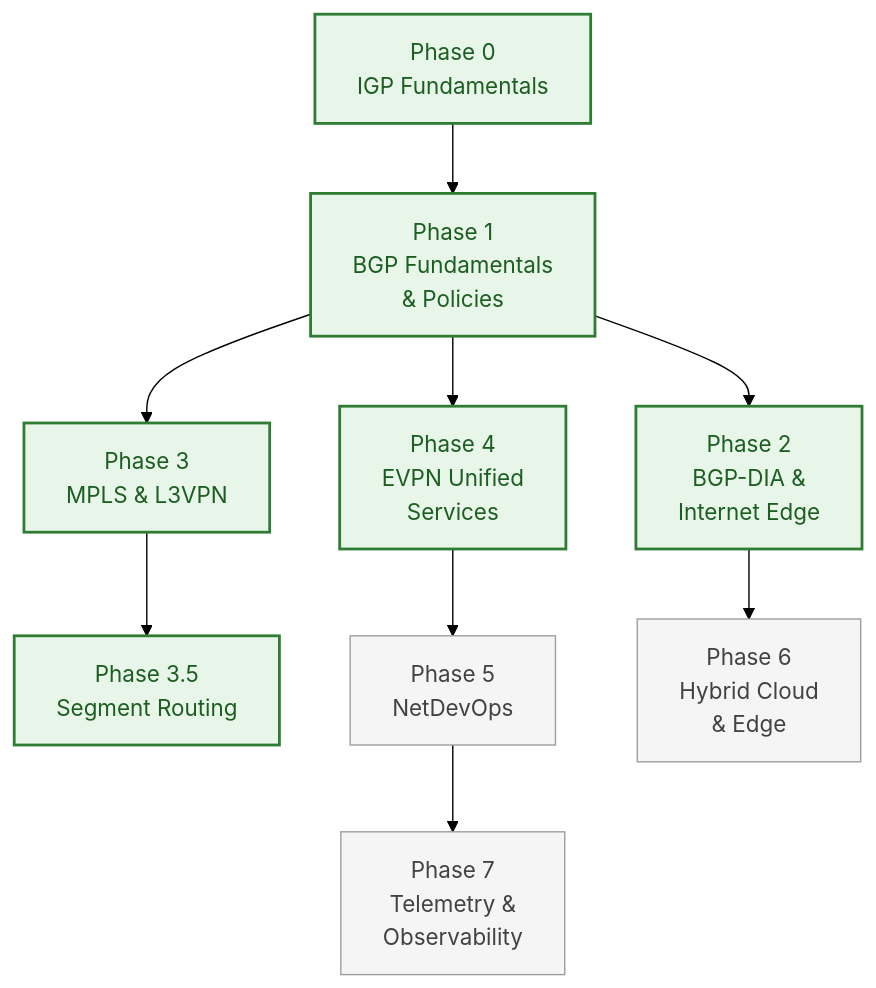
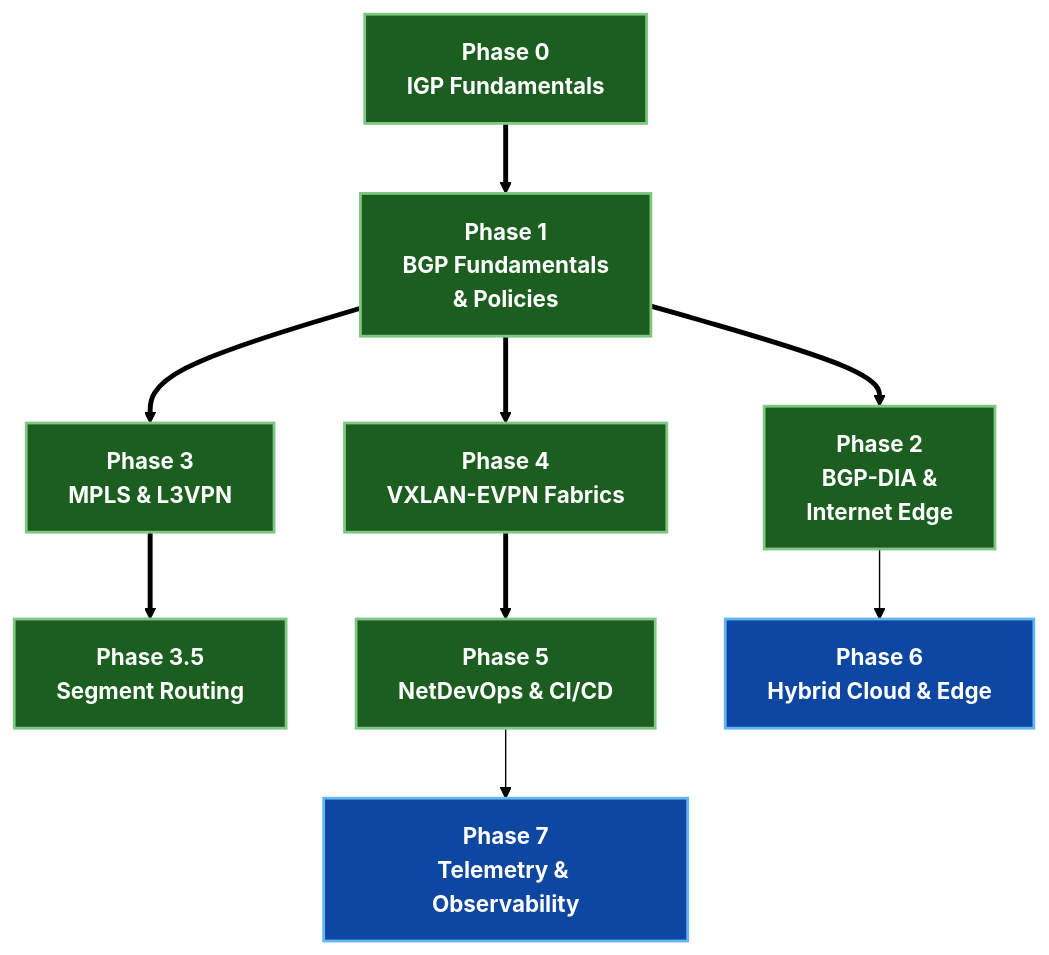
The diagram in docs/roadmap.md (etherhtun/netforge-labs), drawn with Mermaid (forest theme) before and after one commit. The commit also changed other lines of this file, not shown here.

Commit message:
docs(roadmap): update curriculum roadmap with high-contrast Mermaid diagram and live status for Phase 4 and Phase 5

````diff
--- a/docs/roadmap.md
+++ b/docs/roadmap.md
@@ -13,16 +11,16 @@
 ```mermaid
 graph TD
-    P0["Phase 0<br/>IGP Fundamentals"] --> P1["Phase 1<br/>BGP Fundamentals<br/>& Policies"]
-    P1 --> P2["Phase 2<br/>BGP-DIA &<br/>Internet Edge"]
-    P1 --> P3["Phase 3<br/>MPLS & L3VPN"]
-    P3 --> P35["Phase 3.5<br/>Segment Routing"]
-    P1 --> P4["Phase 4<br/>EVPN Unified<br/>Services"]
-    P4 --> P5["Phase 5<br/>NetDevOps"]
-    P2 --> P6["Phase 6<br/>Hybrid Cloud<br/>& Edge"]
-    P5 --> P7["Phase 7<br/>Telemetry &<br/>Observability"]
+    P0["Phase 0<br/>IGP Fundamentals"] ==> P1["Phase 1<br/>BGP Fundamentals<br/>& Policies"]
+    P1 ==> P2["Phase 2<br/>BGP-DIA &<br/>Internet Edge"]
+    P1 ==> P3["Phase 3<br/>MPLS & L3VPN"]
+    P3 ==> P35["Phase 3.5<br/>Segment Routing"]
+    P1 ==> P4["Phase 4<br/>VXLAN-EVPN Fabrics"]
+    P4 ==> P5["Phase 5<br/>NetDevOps & CI/CD"]
+    P2 --> P6["Phase 6<br/>Hybrid Cloud & Edge"]
+    P5 --> P7["Phase 7<br/>Telemetry & Observability"]
 
-    classDef done fill:#e8f5e9,stroke:#2e7d32,color:#1b5e20,stroke-width:2px;
-    classDef next fill:#e3f2fd,stroke:#1565c0,color:#0d47a1,stroke-width:2px;
-    classDef plan fill:#f5f5f5,stroke:#9e9e9e,color:#424242;
-    class P0,P1,P2,P3,P35,P4 done; class P5,P6,P7 plan;
+    classDef done fill:#1b5e20,stroke:#81c784,color:#ffffff,stroke-width:2px,font-weight:bold;
+    classDef plan fill:#0d47a1,stroke:#64b5f6,color:#ffffff,stroke-width:2px,font-weight:bold;
+
+    class P0,P1,P2,P3,P35,P4,P5 done; class P6,P7 plan;
 ```
````
